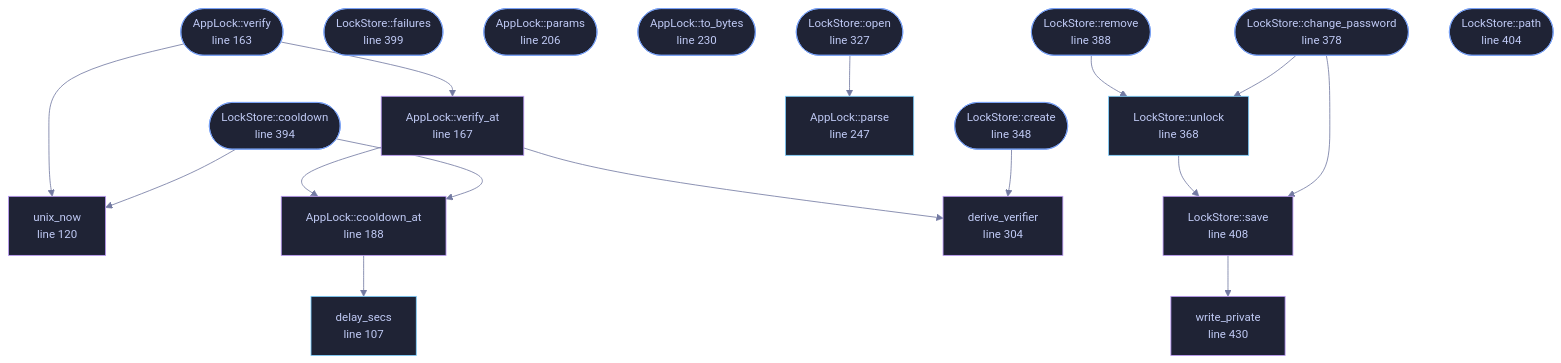
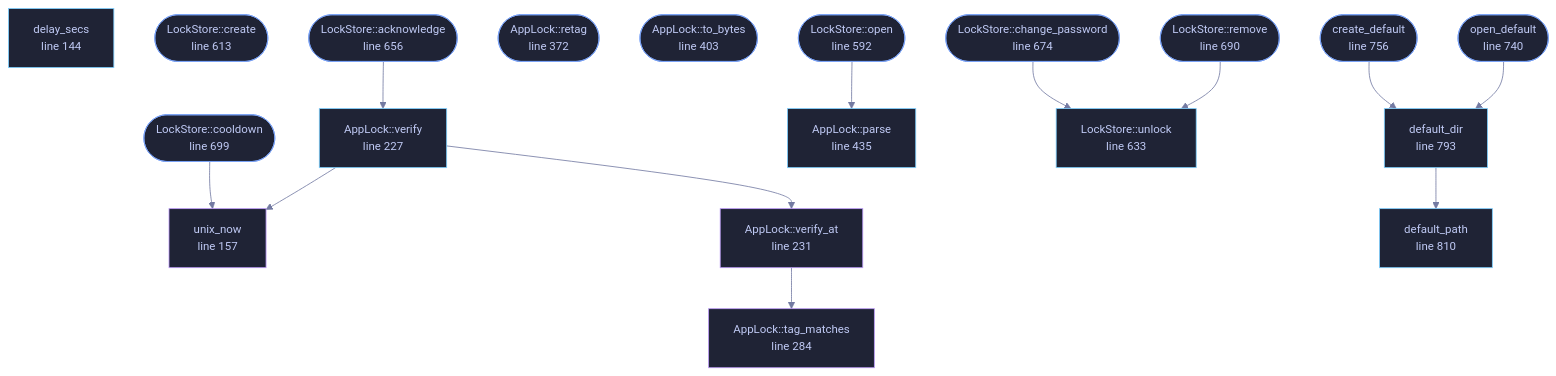
One commit to tilas01/veilvoice changed the diagram in wiki/File-veilvoice-crypto-lock.md. Above: the diagram before and after it, drawn with Mermaid. The commit also changed other lines of this file and 57 other files, not shown here.

First line of the commit message:
lock: a tag the passphrase keys, a second copy, a private report

````diff
--- a/wiki/File-veilvoice-crypto-lock.md
+++ b/wiki/File-veilvoice-crypto-lock.md
@@ -131,68 +170,65 @@
 ```mermaid
 %%{init: {"theme":"base","themeVariables":{"background":"#1a1b26","primaryColor":"#1f2335","primaryTextColor":"#c0caf5","primaryBorderColor":"#7aa2f7","secondaryColor":"#16161e","tertiaryColor":"#16161e","lineColor":"#737aa2","textColor":"#c0caf5","mainBkg":"#1f2335","nodeBorder":"#7aa2f7","clusterBkg":"#16161e","clusterBorder":"#2f3549","fontFamily":"ui-monospace, SFMono-Regular, Consolas, monospace","fontSize":"14px"}}}%%
 flowchart TD
-    n_delay_secs["delay_secs<br/>line 107"]
-    n_unix_now["unix_now<br/>line 120"]
-    n_create(["AppLock::create<br/>line 146"])
-    n_verify(["AppLock::verify<br/>line 163"])
-    n_verify_at["AppLock::verify_at<br/>line 167"]
-    n_cooldown(["AppLock::cooldown<br/>line 184"])
-    n_cooldown_at["AppLock::cooldown_at<br/>line 188"]
-    n_failures(["AppLock::failures<br/>line 201"])
-    n_params(["AppLock::params<br/>line 206"])
-    n_to_bytes(["AppLock::to_bytes<br/>line 230"])
-    n_parse["AppLock::parse<br/>line 247"]
-    n_derive_verifier["derive_verifier<br/>line 304"]
-    n_open(["LockStore::open<br/>line 327"])
-    n_create(["LockStore::create<br/>line 348"])
-    n_unlock["LockStore::unlock<br/>line 368"]
-    n_change_password(["LockStore::change_password<br/>line 378"])
-    n_remove(["LockStore::remove<br/>line 388"])
-    n_cooldown(["LockStore::cooldown<br/>line 394"])
-    n_failures(["LockStore::failures<br/>line 399"])
-    n_path(["LockStore::path<br/>line 404"])
-    n_save["LockStore::save<br/>line 408"]
-    n_write_private["write_private<br/>line 430"]
-    n_change_password --> n_save
+    n_delay_secs["delay_secs<br/>line 144"]
+    n_unix_now["unix_now<br/>line 157"]
+    n_create(["AppLock::create<br/>line 201"])
+    n_verify["AppLock::verify<br/>line 227"]
+    n_verify_at["AppLock::verify_at<br/>line 231"]
+    n_acknowledge(["AppLock::acknowledge<br/>line 272"])
+    n_tag_matches["AppLock::tag_matches<br/>line 284"]
+    n_cooldown(["AppLock::cooldown<br/>line 312"])
+    n_retag(["AppLock::retag<br/>line 372"])
+    n_to_bytes(["AppLock::to_bytes<br/>line 403"])
+    n_parse["AppLock::parse<br/>line 435"]
+    n_open(["LockStore::open<br/>line 592"])
+    n_create(["LockStore::create<br/>line 613"])
+    n_unlock["LockStore::unlock<br/>line 633"]
+    n_acknowledge(["LockStore::acknowledge<br/>line 656"])
+    n_change_password(["LockStore::change_password<br/>line 674"])
+    n_remove(["LockStore::remove<br/>line 690"])
+    n_cooldown(["LockStore::cooldown<br/>line 699"])
+    n_open_default(["open_default<br/>line 740"])
+    n_create_default(["create_default<br/>line 756"])
+    n_default_dir["default_dir<br/>line 793"]
+    n_default_path["default_path<br/>line 810"]
+    n_acknowledge --> n_verify
     n_change_password --> n_unlock
-    n_cooldown --> n_cooldown_at
     n_cooldown --> n_unix_now
-    n_cooldown_at --> n_delay_secs
-    n_create --> n_derive_verifier
+    n_create_default --> n_default_dir
+    n_default_dir --> n_default_path
     n_open --> n_parse
+    n_open_default --> n_default_dir
     n_remove --> n_unlock
-    n_save --> n_write_private
-    n_unlock --> n_save
     n_verify --> n_unix_now
     n_verify --> n_verify_at
-    n_verify_at --> n_cooldown_at
-    n_verify_at --> n_derive_verifier
-    click n_delay_secs href "https://github.com/tilas01/veilvoice/blob/main/crates/veilvoice-crypto/src/lock.rs#L107" "open the source"
-    click n_unix_now href "https://github.com/tilas01/veilvoice/blob/main/crates/veilvoice-crypto/src/lock.rs#L120" "open the source"
-    click n_create href "https://github.com/tilas01/veilvoice/blob/main/crates/veilvoice-crypto/src/lock.rs#L146" "open the source"
-    click n_verify href "https://github.com/tilas01/veilvoice/blob/main/crates/veilvoice-crypto/src/lock.rs#L163" "open the source"
-    click n_verify_at href "https://github.com/tilas01/veilvoice/blob/main/crates/veilvoice-crypto/src/lock.rs#L167" "open the source"
-    click n_cooldown href "https://github.com/tilas01/veilvoice/blob/main/crates/veilvoice-crypto/src/lock.rs#L184" "open the source"
-    click n_cooldown_at href "https://github.com/tilas01/veilvoice/blob/main/crates/veilvoice-crypto/src/lock.rs#L188" "open the source"
-    click n_failures href "https://github.com/tilas01/veilvoice/blob/main/crates/veilvoice-crypto/src/lock.rs#L201" "open the source"
-    click n_params href "https://github.com/tilas01/veilvoice/blob/main/crates/veilvoice-crypto/src/lock.rs#L206" "open the source"
-    click n_to_bytes href "https://github.com/tilas01/veilvoice/blob/main/crates/veilvoice-crypto/src/lock.rs#L230" "open the source"
-    click n_parse href "https://github.com/tilas01/veilvoice/blob/main/crates/veilvoice-crypto/src/lock.rs#L247" "open the source"
-    click n_derive_verifier href "https://github.com/tilas01/veilvoice/blob/main/crates/veilvoice-crypto/src/lock.rs#L304" "open the source"
-    click n_open href "https://github.com/tilas01/veilvoice/blob/main/crates/veilvoice-crypto/src/lock.rs#L327" "open the source"
-    click n_create href "https://github.com/tilas01/veilvoice/blob/main/crates/veilvoice-crypto/src/lock.rs#L348" "open the source"
-    click n_unlock href "https://github.com/tilas01/veilvoice/blob/main/crates/veilvoice-crypto/src/lock.rs#L368" "open the source"
-    click n_change_password href "https://github.com/tilas01/veilvoice/blob/main/crates/veilvoice-crypto/src/lock.rs#L378" "open the source"
-    click n_remove href "https://github.com/tilas01/veilvoice/blob/main/crates/veilvoice-crypto/src/lock.rs#L388" "open the source"
-    click n_cooldown href "https://github.com/tilas01/veilvoice/blob/main/crates/veilvoice-crypto/src/lock.rs#L394" "open the source"
-    click n_failures href "https://github.com/tilas01/veilvoice/blob/main/crates/veilvoice-crypto/src/lock.rs#L399" "open the source"
-    click n_path href "https://github.com/tilas01/veilvoice/blob/main/crates/veilvoice-crypto/src/lock.rs#L404" "open the source"
-    click n_save href "https://github.com/tilas01/veilvoice/blob/main/crates/veilvoice-crypto/src/lock.rs#L408" "open the source"
-    click n_write_private href "https://github.com/tilas01/veilvoice/blob/main/crates/veilvoice-crypto/src/lock.rs#L430" "open the source"
+    n_verify_at --> n_tag_matches
+    click n_delay_secs href "https://github.com/tilas01/veilvoice/blob/main/crates/veilvoice-crypto/src/lock.rs#L144" "open the source"
+    click n_unix_now href "https://github.com/tilas01/veilvoice/blob/main/crates/veilvoice-crypto/src/lock.rs#L157" "open the source"
+    click n_create href "https://github.com/tilas01/veilvoice/blob/main/crates/veilvoice-crypto/src/lock.rs#L201" "open the source"
+    click n_verify href "https://github.com/tilas01/veilvoice/blob/main/crates/veilvoice-crypto/src/lock.rs#L227" "open the source"
+    click n_verify_at href "https://github.com/tilas01/veilvoice/blob/main/crates/veilvoice-crypto/src/lock.rs#L231" "open the source"
+    click n_acknowledge href "https://github.com/tilas01/veilvoice/blob/main/crates/veilvoice-crypto/src/lock.rs#L272" "open the source"
+    click n_tag_matches href "https://github.com/tilas01/veilvoice/blob/main/crates/veilvoice-crypto/src/lock.rs#L284" "open the source"
+    click n_cooldown href "https://github.com/tilas01/veilvoice/blob/main/crates/veilvoice-crypto/src/lock.rs#L312" "open the source"
+    click n_retag href "https://github.com/tilas01/veilvoice/blob/main/crates/veilvoice-crypto/src/lock.rs#L372" "open the source"
+    click n_to_bytes href "https://github.com/tilas01/veilvoice/blob/main/crates/veilvoice-crypto/src/lock.rs#L403" "open the source"
+    click n_parse href "https://github.com/tilas01/veilvoice/blob/main/crates/veilvoice-crypto/src/lock.rs#L435" "open the source"
+    click n_open href "https://github.com/tilas01/veilvoice/blob/main/crates/veilvoice-crypto/src/lock.rs#L592" "open the source"
+    click n_create href "https://github.com/tilas01/veilvoice/blob/main/crates/veilvoice-crypto/src/lock.rs#L613" "open the source"
+    click n_unlock href "https://github.com/tilas01/veilvoice/blob/main/crates/veilvoice-crypto/src/lock.rs#L633" "open the source"
+    click n_acknowledge href "https://github.com/tilas01/veilvoice/blob/main/crates/veilvoice-crypto/src/lock.rs#L656" "open the source"
+    click n_change_password href "https://github.com/tilas01/veilvoice/blob/main/crates/veilvoice-crypto/src/lock.rs#L674" "open the source"
+    click n_remove href "https://github.com/tilas01/veilvoice/blob/main/crates/veilvoice-crypto/src/lock.rs#L690" "open the source"
+    click n_cooldown href "https://github.com/tilas01/veilvoice/blob/main/crates/veilvoice-crypto/src/lock.rs#L699" "open the source"
+    click n_open_default href "https://github.com/tilas01/veilvoice/blob/main/crates/veilvoice-crypto/src/lock.rs#L740" "open the source"
+    click n_create_default href "https://github.com/tilas01/veilvoice/blob/main/crates/veilvoice-crypto/src/lock.rs#L756" "open the source"
+    click n_default_dir href "https://github.com/tilas01/veilvoice/blob/main/crates/veilvoice-crypto/src/lock.rs#L793" "open the source"
+    click n_default_path href "https://github.com/tilas01/veilvoice/blob/main/crates/veilvoice-crypto/src/lock.rs#L810" "open the source"
     classDef entry fill:#1f2335,stroke:#7aa2f7,color:#c0caf5
-    class n_create,n_verify,n_cooldown,n_failures,n_params,n_to_bytes,n_open,n_create,n_change_password,n_remove,n_cooldown,n_failures,n_path entry
+    class n_create,n_acknowledge,n_cooldown,n_retag,n_to_bytes,n_open,n_create,n_acknowledge,n_change_password,n_remove,n_cooldown,n_open_default,n_create_default entry
     classDef api fill:#1f2335,stroke:#7dcfff,color:#c0caf5
-    class n_delay_secs,n_parse,n_unlock api
+    class n_delay_secs,n_verify,n_parse,n_unlock,n_default_dir,n_default_path api
     classDef helper fill:#1f2335,stroke:#bb9af7,color:#c0caf5
-    class n_unix_now,n_verify_at,n_cooldown_at,n_derive_verifier,n_save,n_write_private helper
+    class n_unix_now,n_verify_at,n_tag_matches helper
 ```
````
